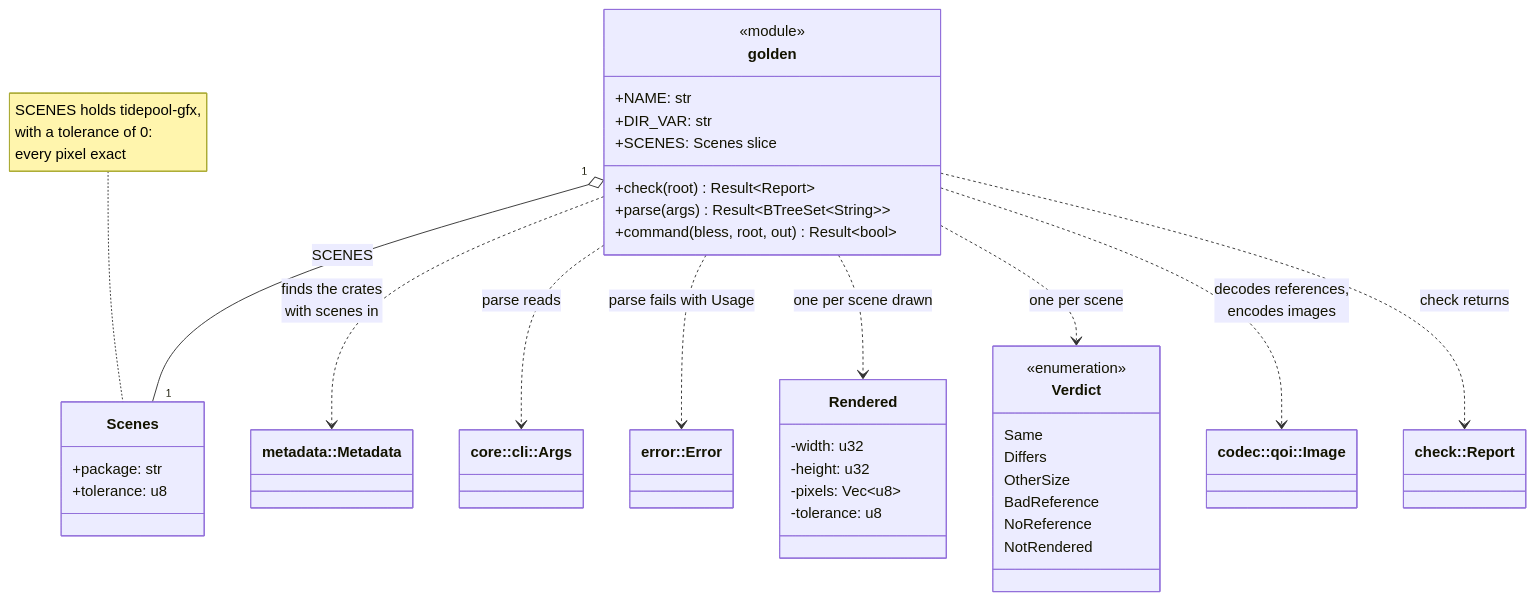
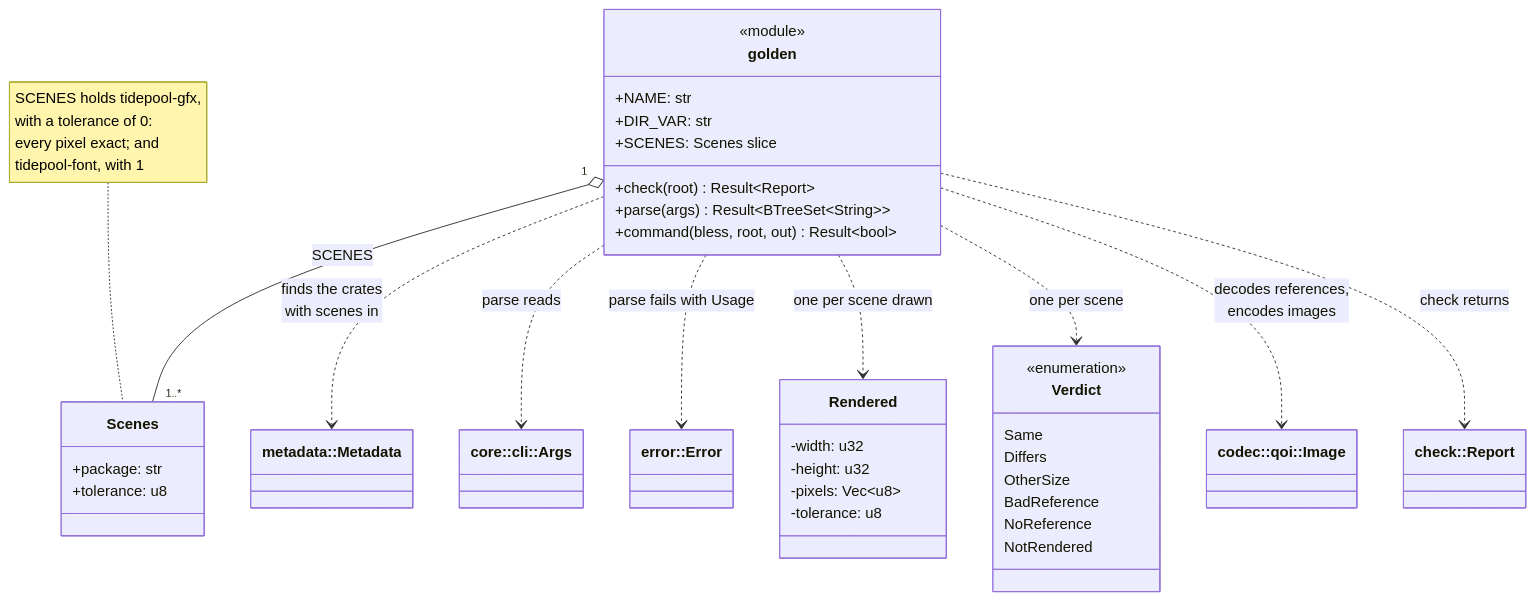
Before and after one commit to jabbott-iii/Tidepool: diagram 29 of 40 in diagrams/class-diagrams.md, drawn with Mermaid. The commit also changed other lines of this file and 33 other files, not shown here.

````diff
--- a/diagrams/class-diagrams.md
+++ b/diagrams/class-diagrams.md
@@ -2201,46 +2201,46 @@
 ```mermaid
 classDiagram
     direction TB
     class GoldenFns["golden"] {
         <<module>>
         +NAME: str
         +DIR_VAR: str
         +SCENES: Scenes slice
         +check(root) Result~Report~
         +parse(args) Result~BTreeSet~String~~
         +command(bless, root, out) Result~bool~
     }
     class Scenes {
         +package: str
         +tolerance: u8
     }
     class Rendered {
         -width: u32
         -height: u32
         -pixels: Vec~u8~
         -tolerance: u8
     }
     class Verdict {
         <<enumeration>>
         Same
         Differs
         OtherSize
         BadReference
         NoReference
         NotRendered
     }
     class Args["core::cli::Args"]
     class QoiImage["codec::qoi::Image"]
     class Metadata["metadata::Metadata"]
     class Report["check::Report"]
     class XtaskError["error::Error"]
-    GoldenFns "1" o-- "1" Scenes : SCENES
+    GoldenFns "1" o-- "1..*" Scenes : SCENES
     GoldenFns ..> Metadata : finds the crates<br/>with scenes in
     GoldenFns ..> Args : parse reads
     GoldenFns ..> XtaskError : parse fails with Usage
     GoldenFns ..> Rendered : one per scene drawn
     GoldenFns ..> Verdict : one per scene
     GoldenFns ..> QoiImage : decodes references,<br/>encodes images
     GoldenFns ..> Report : check returns
-    note for Scenes "SCENES holds tidepool-gfx,<br/>with a tolerance of 0:<br/>every pixel exact"
+    note for Scenes "SCENES holds tidepool-gfx,<br/>with a tolerance of 0:<br/>every pixel exact; and<br/>tidepool-font, with 1"
 ```
````
